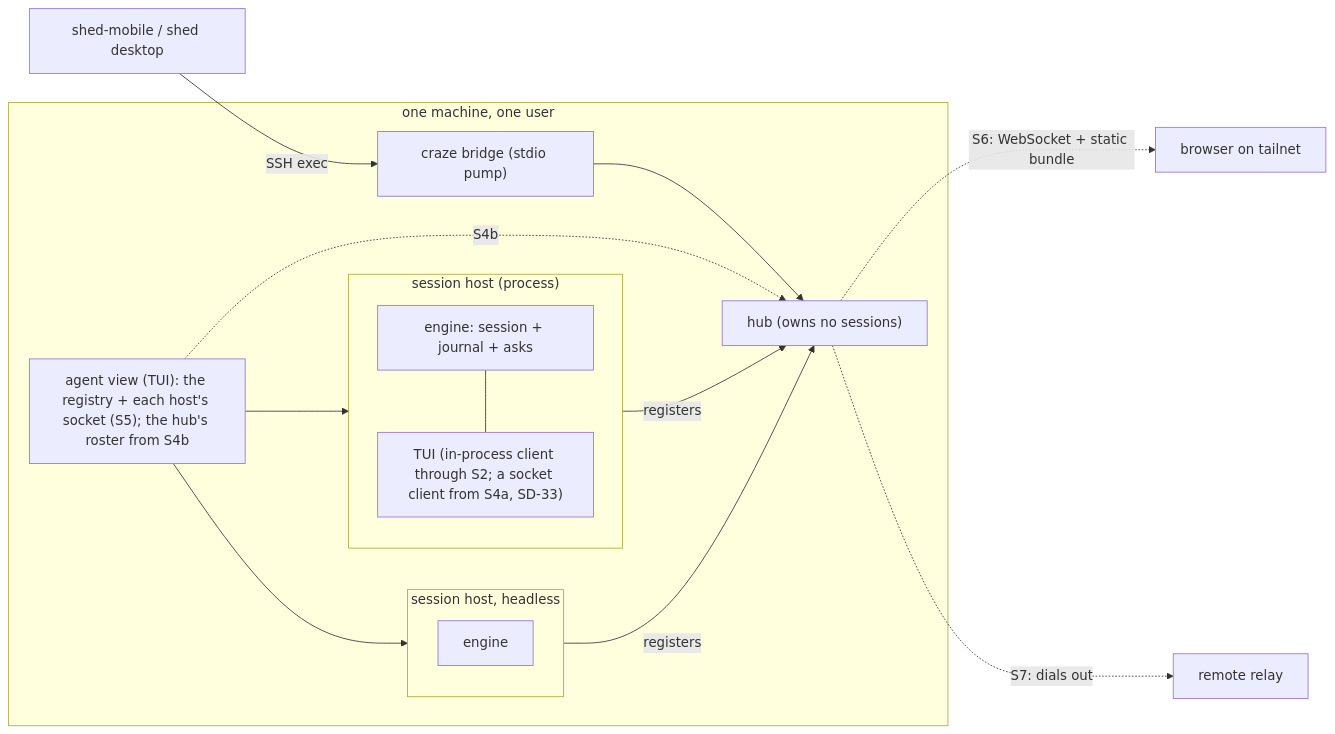
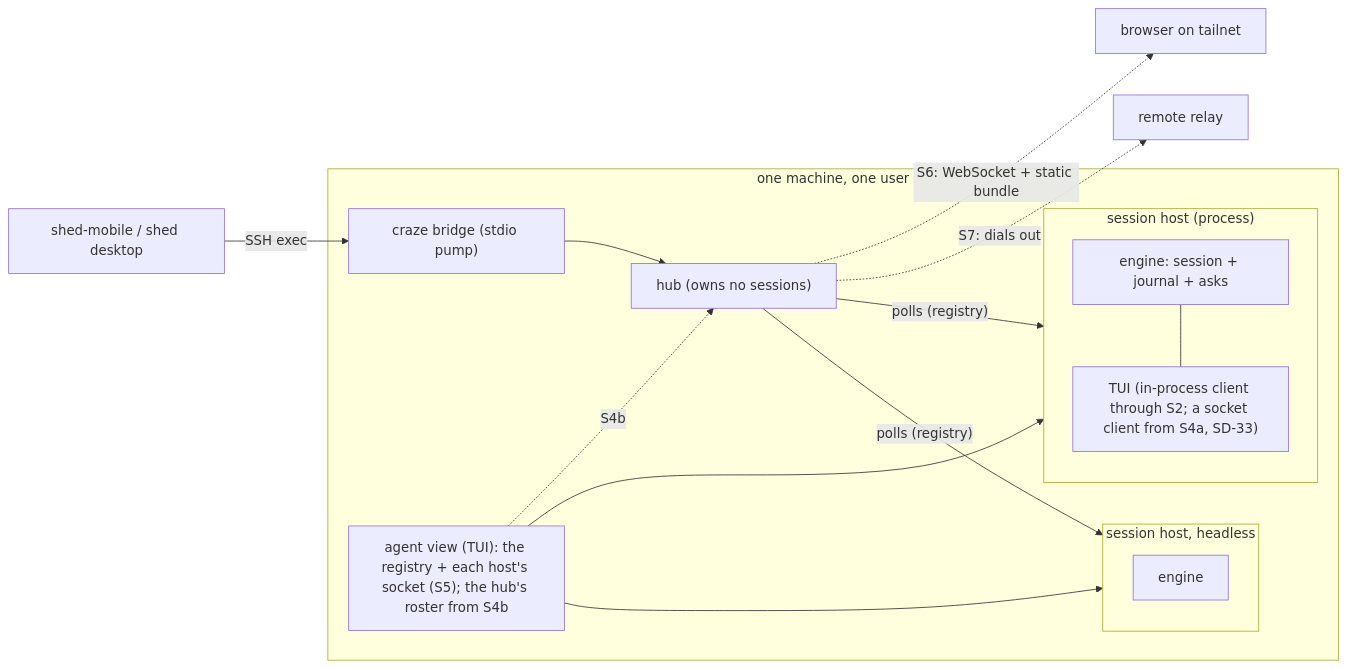
Before and after one commit to charliek/craze: the diagram in discovery/session-control/02-architecture.md, drawn with Mermaid. The commit also changed other lines of this file and 8 other files, not shown here.

````diff
--- a/discovery/session-control/02-architecture.md
+++ b/discovery/session-control/02-architecture.md
@@ -5,21 +5,21 @@
 ```mermaid
 flowchart LR
   subgraph machine["one machine, one user"]
     subgraph hostA["session host (process)"]
       engA["engine: session + journal + asks"] --- tuiA["TUI (in-process client through S2; a socket client from S4a, SD-33)"]
     end
     subgraph hostB["session host, headless"]
       engB["engine"]
     end
     hub["hub (owns no sessions)"]
-    hostA -- "registers" --> hub
-    hostB -- "registers" --> hub
+    hub -- "polls (registry)" --> hostA
+    hub -- "polls (registry)" --> hostB
     bridge["craze bridge (stdio pump)"] --> hub
     view["agent view (TUI): the registry + each host's socket (S5); the hub's roster from S4b"] --> hostA
     view --> hostB
     view -. "S4b" .-> hub
   end
   phone["shed-mobile / shed desktop"] -- "SSH exec" --> bridge
   hub -. "S6: WebSocket + static bundle" .-> web["browser on tailnet"]
   hub -. "S7: dials out" .-> relay["remote relay"]
 ```
````
